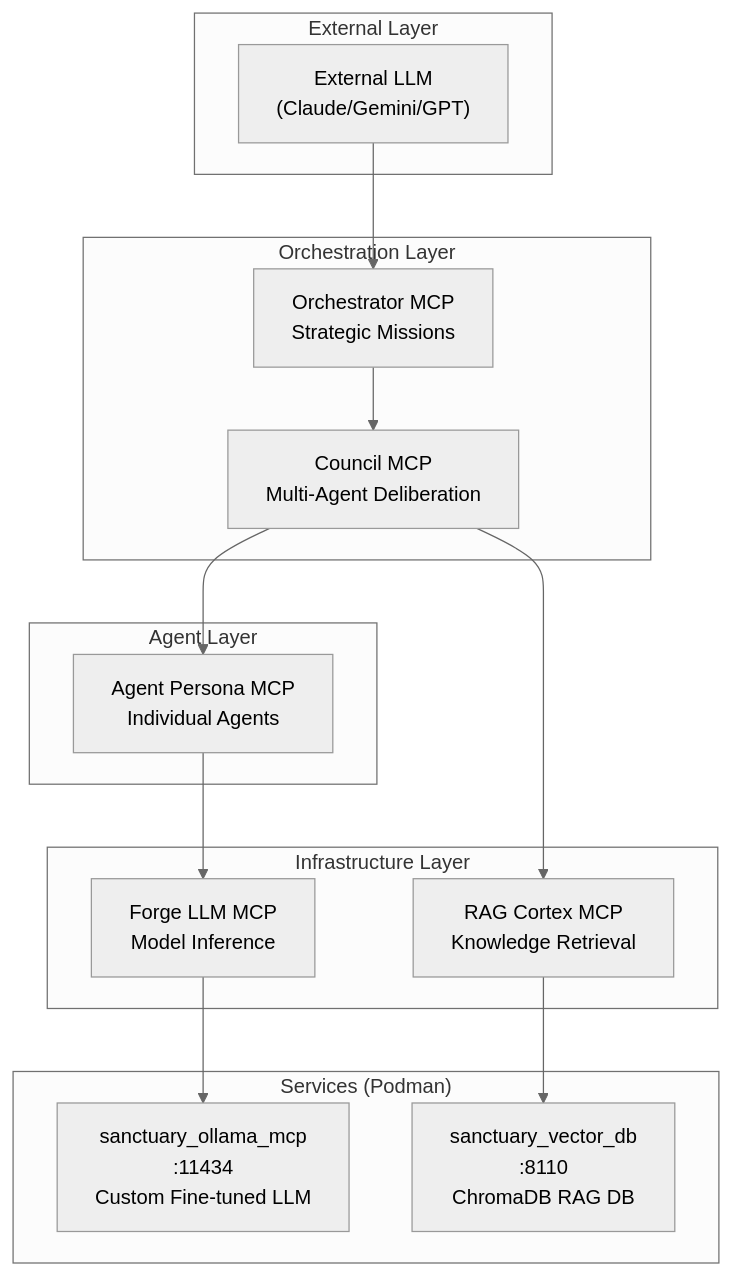
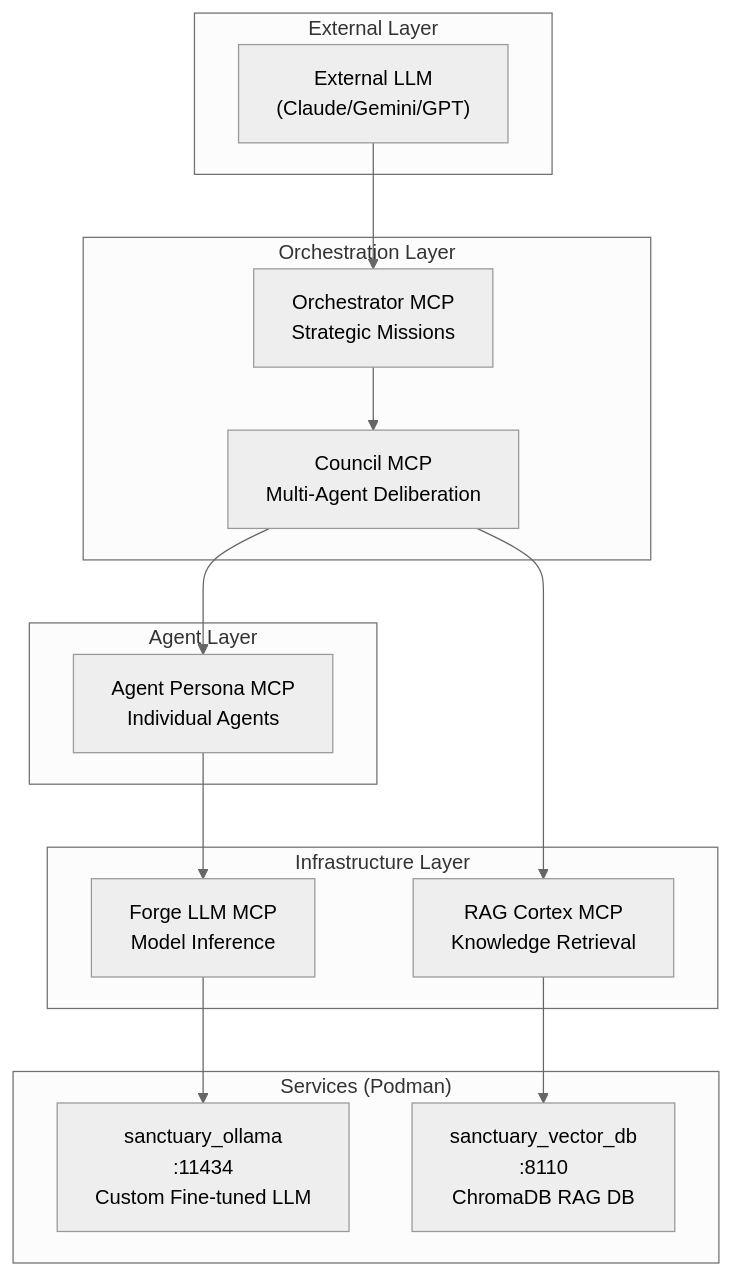
Before and after one commit to richfrem/Project_Sanctuary: the diagram in docs/mcp_servers/architecture/diagrams/architecture/mcp_layer_architecture.mmd, drawn with Mermaid (neutral theme). The commit also changed 60 other files, not shown here.

```diff
--- a/docs/mcp_servers/architecture/diagrams/architecture/mcp_layer_architecture.mmd
+++ b/docs/mcp_servers/architecture/diagrams/architecture/mcp_layer_architecture.mmd
@@ -1,31 +1,31 @@
 graph TB
     subgraph "External Layer"
         LLM["External LLM<br/>(Claude/Gemini/GPT)"]
     end
     
     subgraph "Orchestration Layer"
         ORCH["Orchestrator MCP<br/>Strategic Missions"]
         COUNCIL["Council MCP<br/>Multi-Agent Deliberation"]
     end
     
     subgraph "Agent Layer"
         PERSONA["Agent Persona MCP<br/>Individual Agents"]
     end
     
     subgraph "Infrastructure Layer"
         FORGE["Forge LLM MCP<br/>Model Inference"]
         CORTEX["RAG Cortex MCP<br/>Knowledge Retrieval"]
     end
     
     subgraph "Services (Podman)"
-        OLLAMA["sanctuary_ollama_mcp<br/>:11434<br/>Custom Fine-tuned LLM"]
+        OLLAMA["sanctuary_ollama<br/>:11434<br/>Custom Fine-tuned LLM"]
         CHROMA["sanctuary_vector_db<br/>:8110<br/>ChromaDB RAG DB"]
     end
     
     LLM --> ORCH
     ORCH --> COUNCIL
     COUNCIL --> PERSONA
     COUNCIL --> CORTEX
     PERSONA --> FORGE
     FORGE --> OLLAMA
     CORTEX --> CHROMA
```
